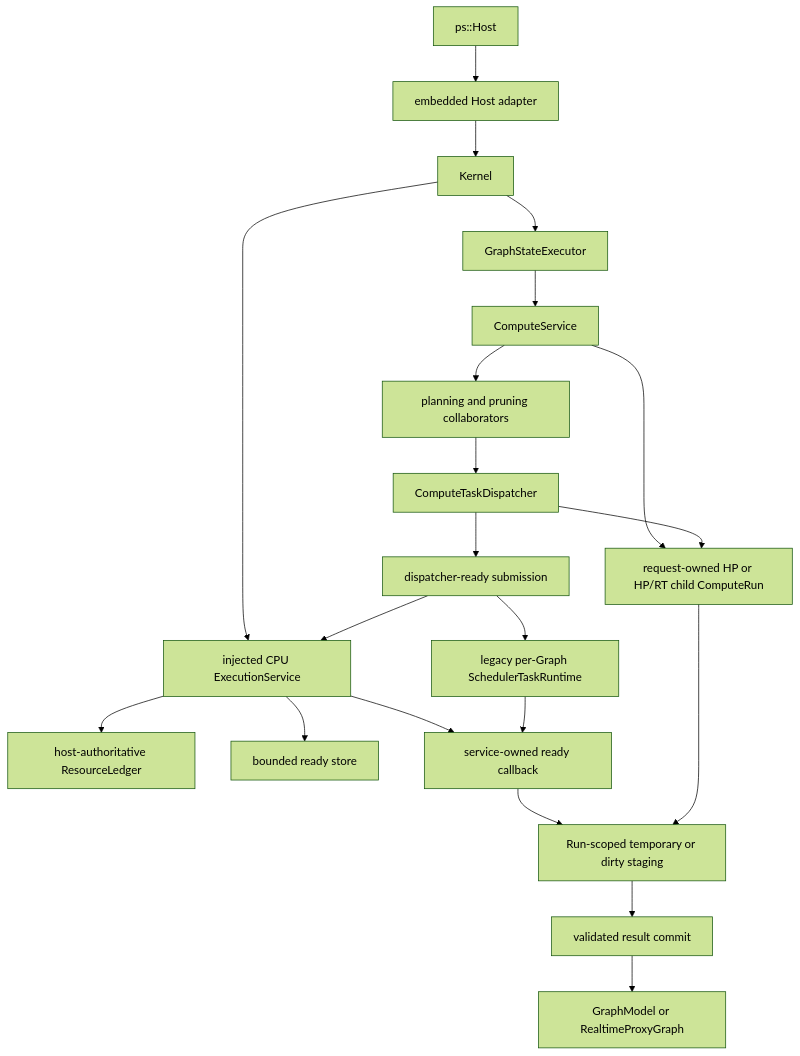
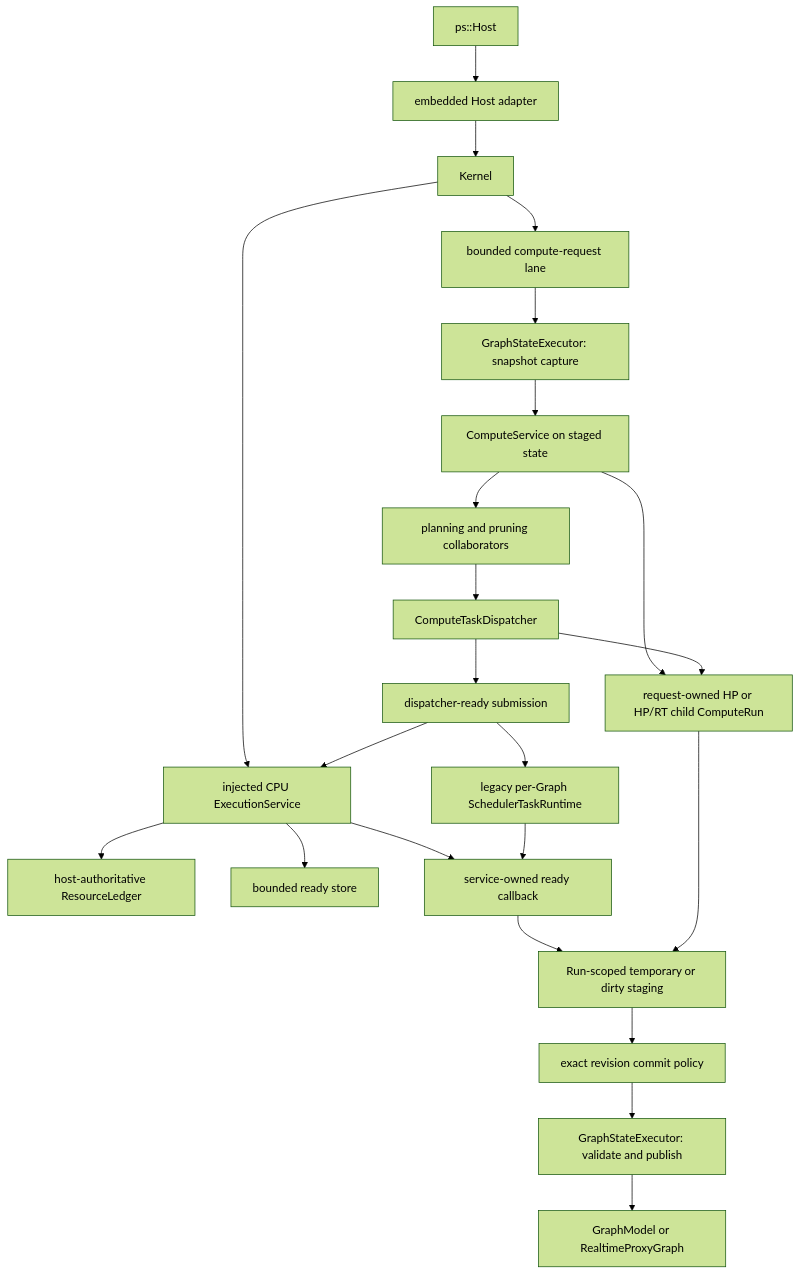
One commit to kevin-zf1123/photospider changed the diagram in docs/kernel-architecture/Compute-Boundaries.md. Above: the diagram before and after it, drawn with Mermaid (forest theme). The commit also changed other lines of this file and 20 other files, not shown here.

First line of the commit message:
[docs] document revision-safe compute publication

````diff
--- a/docs/kernel-architecture/Compute-Boundaries.md
+++ b/docs/kernel-architecture/Compute-Boundaries.md
@@ -24,23 +24,25 @@
 ```mermaid
 flowchart TD
   HOST["ps::Host"] --> ADAPTER["embedded Host adapter"]
   ADAPTER --> KERNEL["Kernel"]
   KERNEL --> EXEC["injected CPU ExecutionService"]
   EXEC --> LEDGER["host-authoritative ResourceLedger"]
   EXEC --> STORE["bounded ready store"]
-  KERNEL --> GSE["GraphStateExecutor"]
-  GSE --> SERVICE["ComputeService"]
+  KERNEL --> REQUEST["bounded compute-request lane"]
+  REQUEST --> CAPTURE["GraphStateExecutor: snapshot capture"]
+  CAPTURE --> SERVICE["ComputeService on staged state"]
   SERVICE --> RUN["request-owned HP or HP/RT child ComputeRun"]
   SERVICE --> PLAN["planning and pruning collaborators"]
   PLAN --> DISPATCH["ComputeTaskDispatcher"]
   DISPATCH --> RUN
   DISPATCH --> READY["dispatcher-ready submission"]
   READY --> EXEC
   READY --> RUNTIME["legacy per-Graph SchedulerTaskRuntime"]
   EXEC --> CALLBACK["service-owned ready callback"]
   RUNTIME --> CALLBACK
   CALLBACK --> TEMP["Run-scoped temporary or dirty staging"]
   RUN --> TEMP
-  TEMP --> COMMIT["validated result commit"]
-  COMMIT --> GRAPH["GraphModel or RealtimeProxyGraph"]
+  TEMP --> COMMIT["exact revision commit policy"]
+  COMMIT --> PUBLISH["GraphStateExecutor: validate and publish"]
+  PUBLISH --> GRAPH["GraphModel or RealtimeProxyGraph"]
 ```
````
